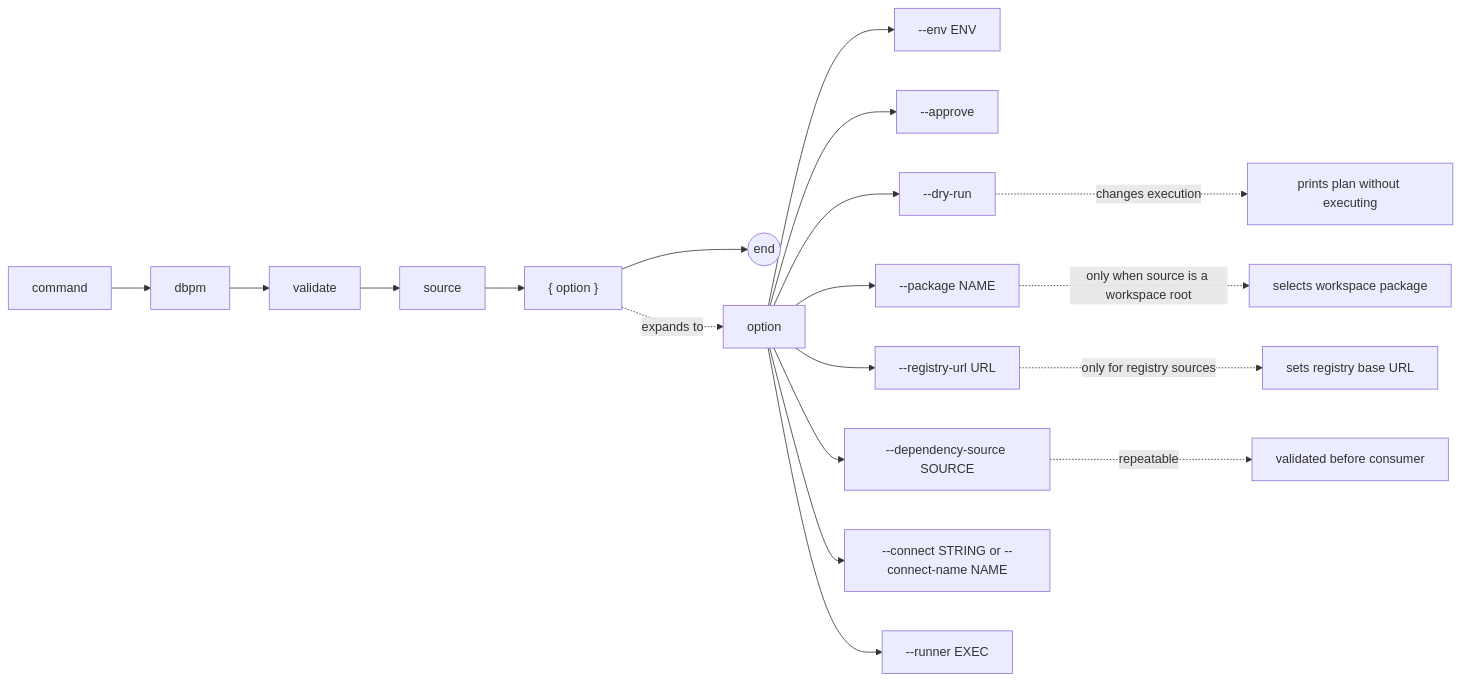
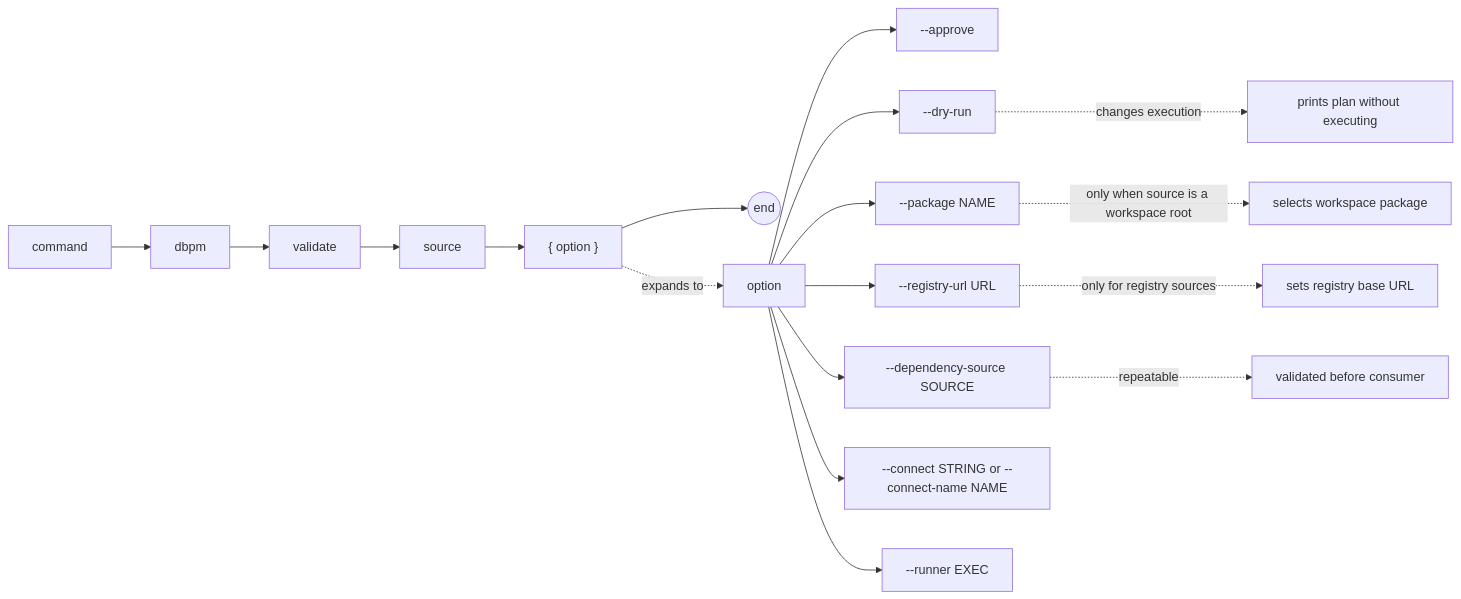
One commit to 512itconsulting/dbpm changed the diagram in docs/commands/validate.md. Above: the diagram before and after it, drawn with Mermaid. The commit also changed other lines of this file and 35 other files, not shown here.

````diff
--- a/docs/commands/validate.md
+++ b/docs/commands/validate.md
@@ -16,23 +16,22 @@
 ```mermaid
 flowchart LR
     command["command"] --> dbpm["dbpm"]
     dbpm --> validate["validate"]
     validate --> source["source"]
     source --> options["{ option }"]
     options --> end_node(("end"))
 
     options -. expands to .-> option["option"]
-    option --> env["--env ENV"]
     option --> approve["--approve"]
     option --> dry_run["--dry-run"]
     option --> package["--package NAME"]
     option --> registry_url["--registry-url URL"]
     option --> dependency_source["--dependency-source SOURCE"]
     option --> connect["--connect STRING or --connect-name NAME"]
     option --> runner["--runner EXEC"]
 
     package -. only when source is a workspace root .-> package_note["selects workspace package"]
     registry_url -. only for registry sources .-> registry_note["sets registry base URL"]
     dependency_source -. repeatable .-> dep_note["validated before consumer"]
     dry_run -. changes execution .-> dry_run_note["prints plan without executing"]
 ```
````
